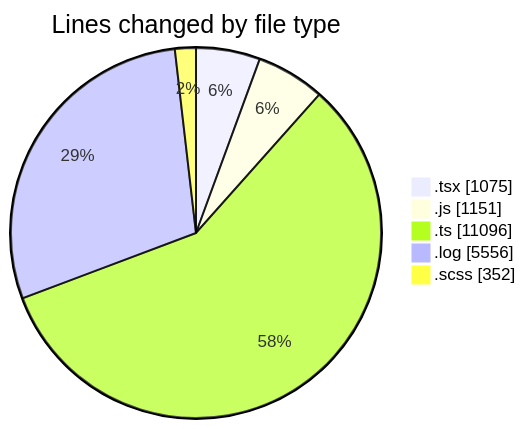
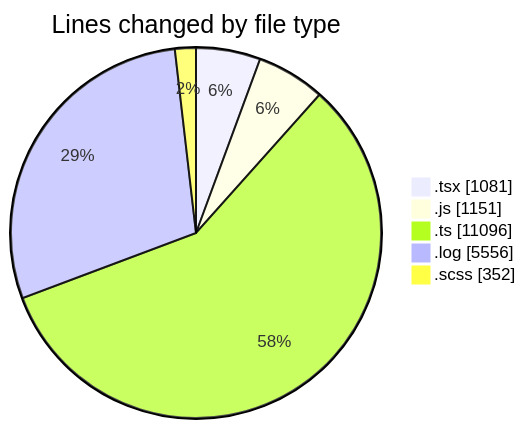
The first of 2 diagrams in 2026-04-09/cda/README.md (momahboobian/code-tracking), drawn with Mermaid before and after one commit. The commit also changed other lines of this file and 1 other file, not shown here.

````diff
--- a/2026-04-09/cda/README.md
+++ b/2026-04-09/cda/README.md
@@ -32,9 +32,9 @@
 ```mermaid
 pie showData
 title Lines changed by file type
-".tsx" : 1075
+".tsx" : 1081
 ".js" : 1151
 ".ts" : 11096
 ".log" : 5556
 ".scss" : 352
 ```
````
